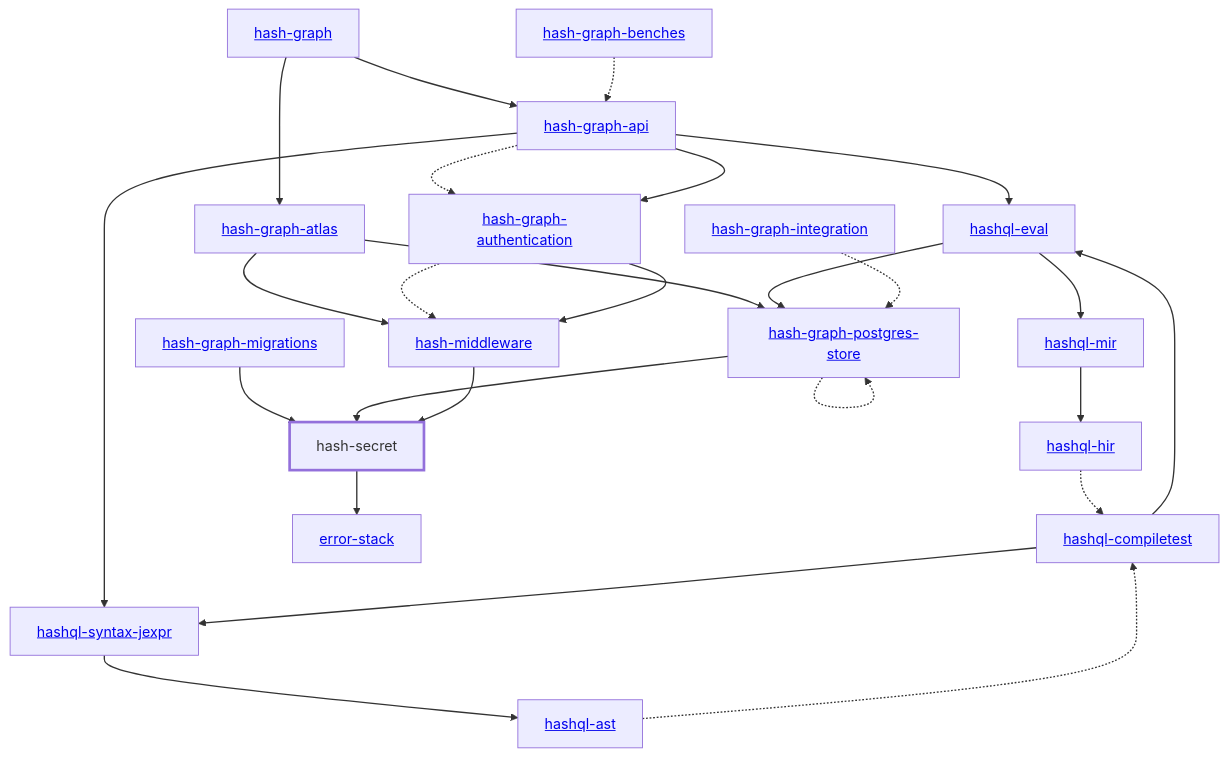
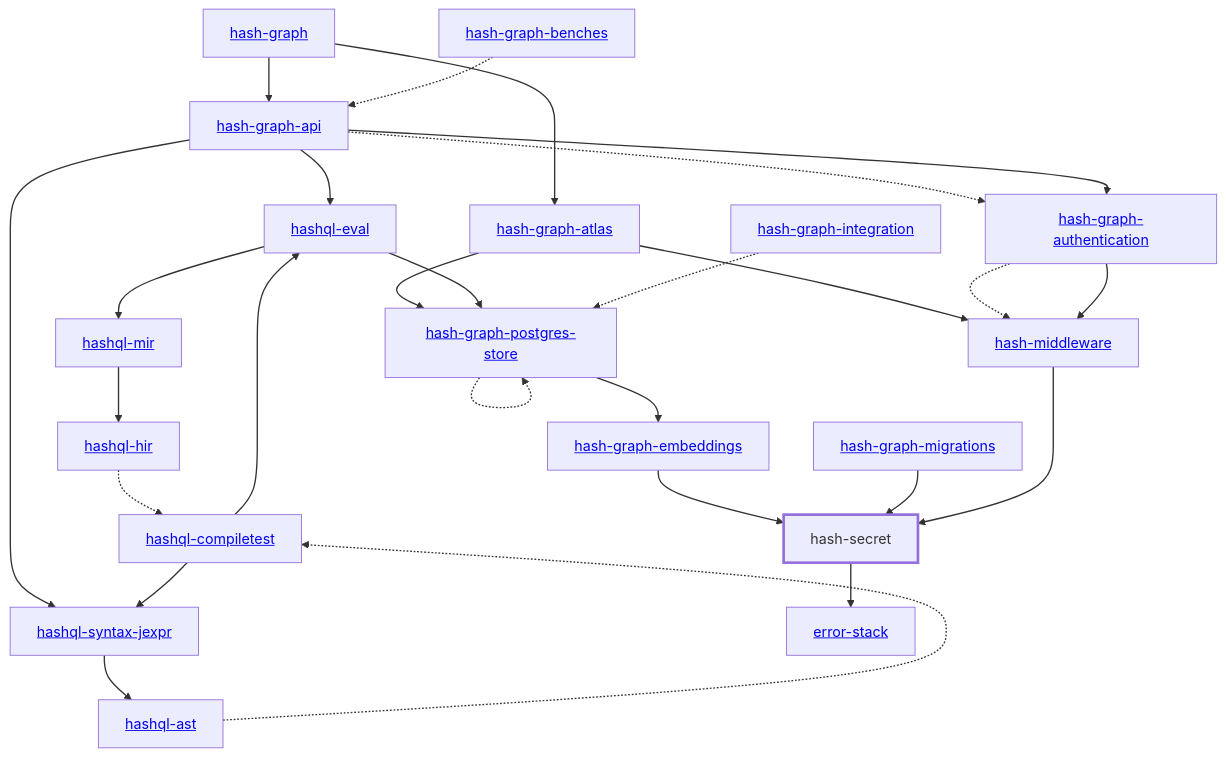
Before and after one commit to hashintel/hash: the diagram in libs/@local/secret/docs/dependency-diagram.mmd, drawn with Mermaid. The commit also changed 34 other files, not shown here.

```diff
--- a/libs/@local/secret/docs/dependency-diagram.mmd
+++ b/libs/@local/secret/docs/dependency-diagram.mmd
@@ -1,53 +1,55 @@
 graph TD
     linkStyle default stroke-width:1.5px
     classDef default stroke-width:1px
     classDef root stroke-width:3px
     classDef dev stroke-width:1px
     classDef build stroke-width:1px
     %% Legend
     %% --> : Normal dependency
     %% -.-> : Dev dependency
     %% ---> : Build dependency
     0[<a href="../hash_graph/index.html">hash-graph</a>]
     1[<a href="../hash_graph_api/index.html">hash-graph-api</a>]
     2[<a href="../hash_graph_atlas/index.html">hash-graph-atlas</a>]
     3[<a href="../hash_graph_authentication/index.html">hash-graph-authentication</a>]
-    4[<a href="../hash_graph_migrations/index.html">hash-graph-migrations</a>]
-    5[<a href="../hash_graph_postgres_store/index.html">hash-graph-postgres-store</a>]
-    6[<a href="../hashql_ast/index.html">hashql-ast</a>]
-    7[<a href="../hashql_compiletest/index.html">hashql-compiletest</a>]
-    8[<a href="../hashql_eval/index.html">hashql-eval</a>]
-    9[<a href="../hashql_hir/index.html">hashql-hir</a>]
-    10[<a href="../hashql_mir/index.html">hashql-mir</a>]
-    11[<a href="../hashql_syntax_jexpr/index.html">hashql-syntax-jexpr</a>]
-    12[<a href="../hash_middleware/index.html">hash-middleware</a>]
-    13[hash-secret]
-    class 13 root
-    14[<a href="../error_stack/index.html">error-stack</a>]
-    15[<a href="../hash_graph_benches/index.html">hash-graph-benches</a>]
-    16[<a href="../hash_graph_integration/index.html">hash-graph-integration</a>]
+    4[<a href="../hash_graph_embeddings/index.html">hash-graph-embeddings</a>]
+    5[<a href="../hash_graph_migrations/index.html">hash-graph-migrations</a>]
+    6[<a href="../hash_graph_postgres_store/index.html">hash-graph-postgres-store</a>]
+    7[<a href="../hashql_ast/index.html">hashql-ast</a>]
+    8[<a href="../hashql_compiletest/index.html">hashql-compiletest</a>]
+    9[<a href="../hashql_eval/index.html">hashql-eval</a>]
+    10[<a href="../hashql_hir/index.html">hashql-hir</a>]
+    11[<a href="../hashql_mir/index.html">hashql-mir</a>]
+    12[<a href="../hashql_syntax_jexpr/index.html">hashql-syntax-jexpr</a>]
+    13[<a href="../hash_middleware/index.html">hash-middleware</a>]
+    14[hash-secret]
+    class 14 root
+    15[<a href="../error_stack/index.html">error-stack</a>]
+    16[<a href="../hash_graph_benches/index.html">hash-graph-benches</a>]
+    17[<a href="../hash_graph_integration/index.html">hash-graph-integration</a>]
     0 --> 1
     0 --> 2
     1 -.-> 3
     1 --> 3
-    1 --> 8
-    1 --> 11
-    2 --> 5
-    2 --> 12
-    3 -.-> 12
-    3 --> 12
-    4 --> 13
-    5 -.-> 5
-    5 --> 13
-    6 -.-> 7
-    7 --> 8
-    7 --> 11
-    8 --> 5
-    8 --> 10
-    9 -.-> 7
-    10 --> 9
-    11 --> 6
-    12 --> 13
+    1 --> 9
+    1 --> 12
+    2 --> 6
+    2 --> 13
+    3 -.-> 13
+    3 --> 13
+    4 --> 14
+    5 --> 14
+    6 --> 4
+    6 -.-> 6
+    7 -.-> 8
+    8 --> 9
+    8 --> 12
+    9 --> 6
+    9 --> 11
+    10 -.-> 8
+    11 --> 10
+    12 --> 7
     13 --> 14
-    15 -.-> 1
-    16 -.-> 5
+    14 --> 15
+    16 -.-> 1
+    17 -.-> 6
```
